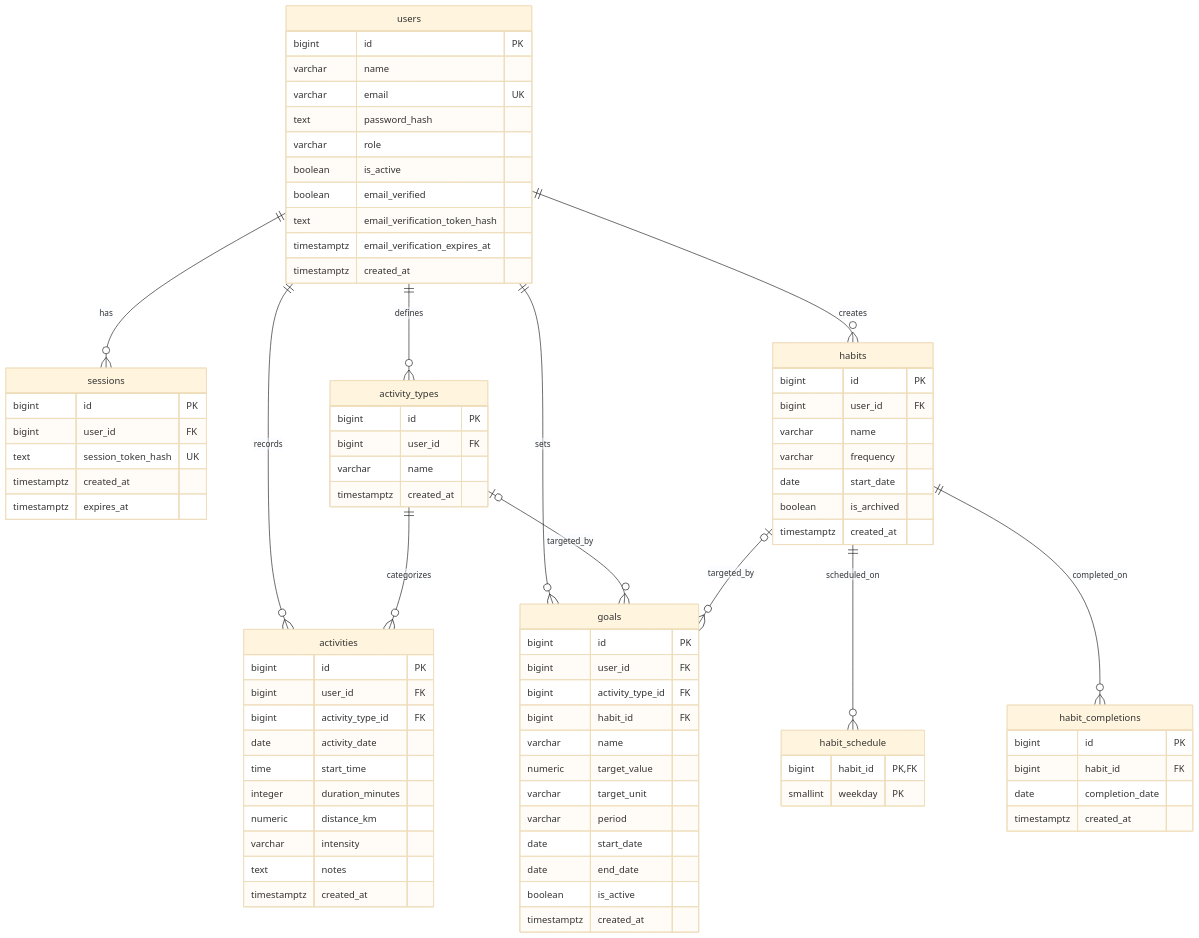
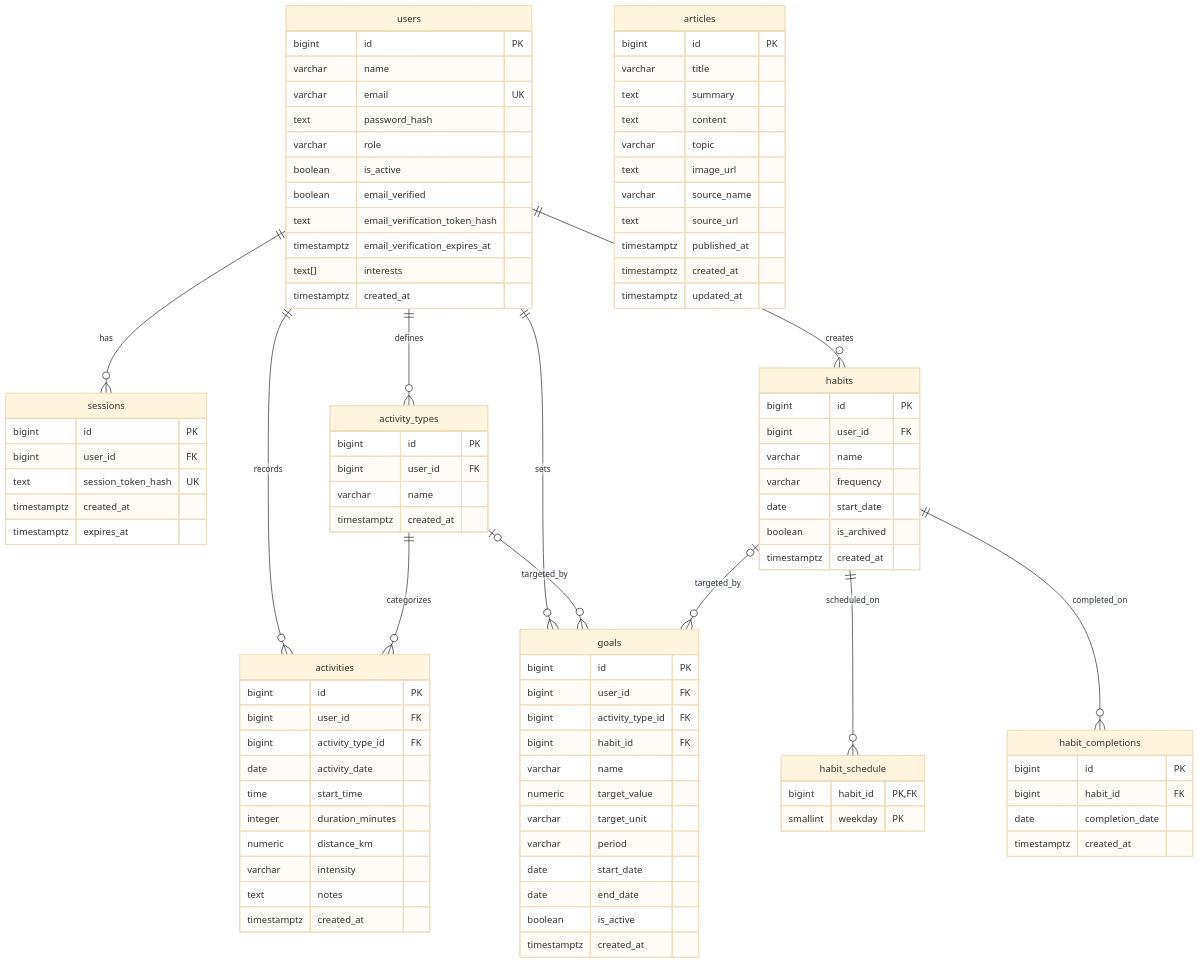
The diagram in docs/data-model.md (Petre20/Proiect_TW), drawn with Mermaid (base theme) before and after one commit. The commit also changed other lines of this file, not shown here.

Commit message:
added interests table

````diff
--- a/docs/data-model.md
+++ b/docs/data-model.md
@@ -262,6 +313,7 @@
         boolean email_verified
         text email_verification_token_hash
         timestamptz email_verification_expires_at
+        text[] interests
         timestamptz created_at
     }
 
@@ -329,4 +381,19 @@
         boolean is_active
         timestamptz created_at
     }
+
+    articles {
+        bigint id PK
+        varchar title
+        text summary
+        text content
+        varchar topic
+        text image_url
+        varchar source_name
+        text source_url
+        timestamptz published_at
+        timestamptz created_at
+        timestamptz updated_at
+    }
+
 ```
````
